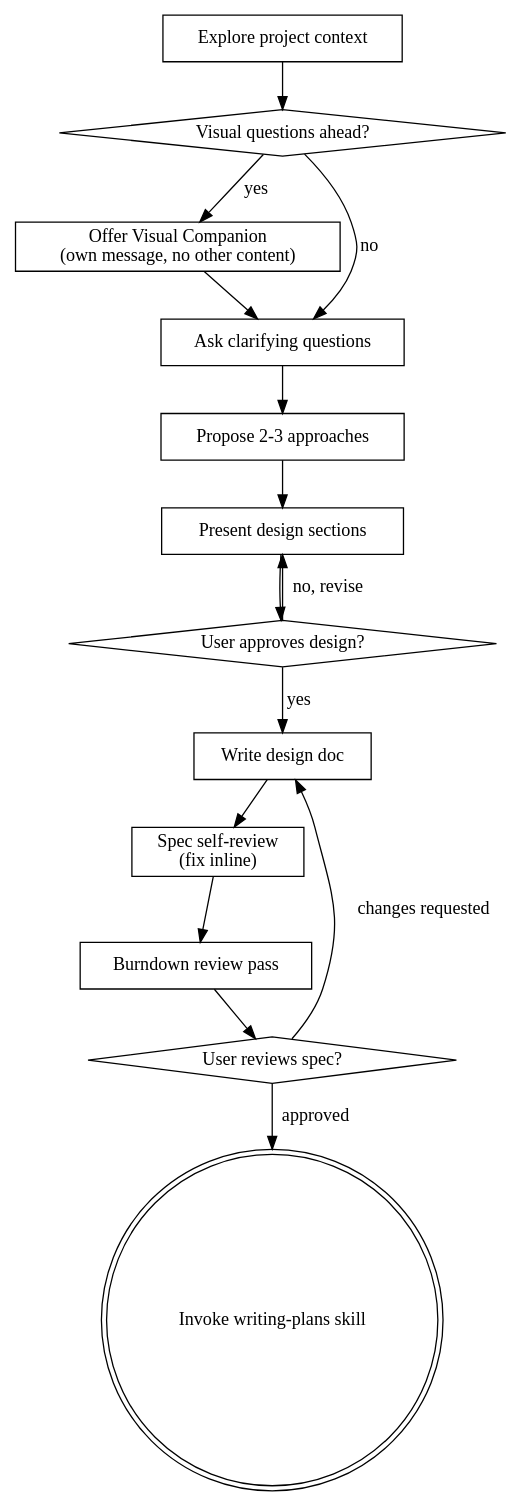
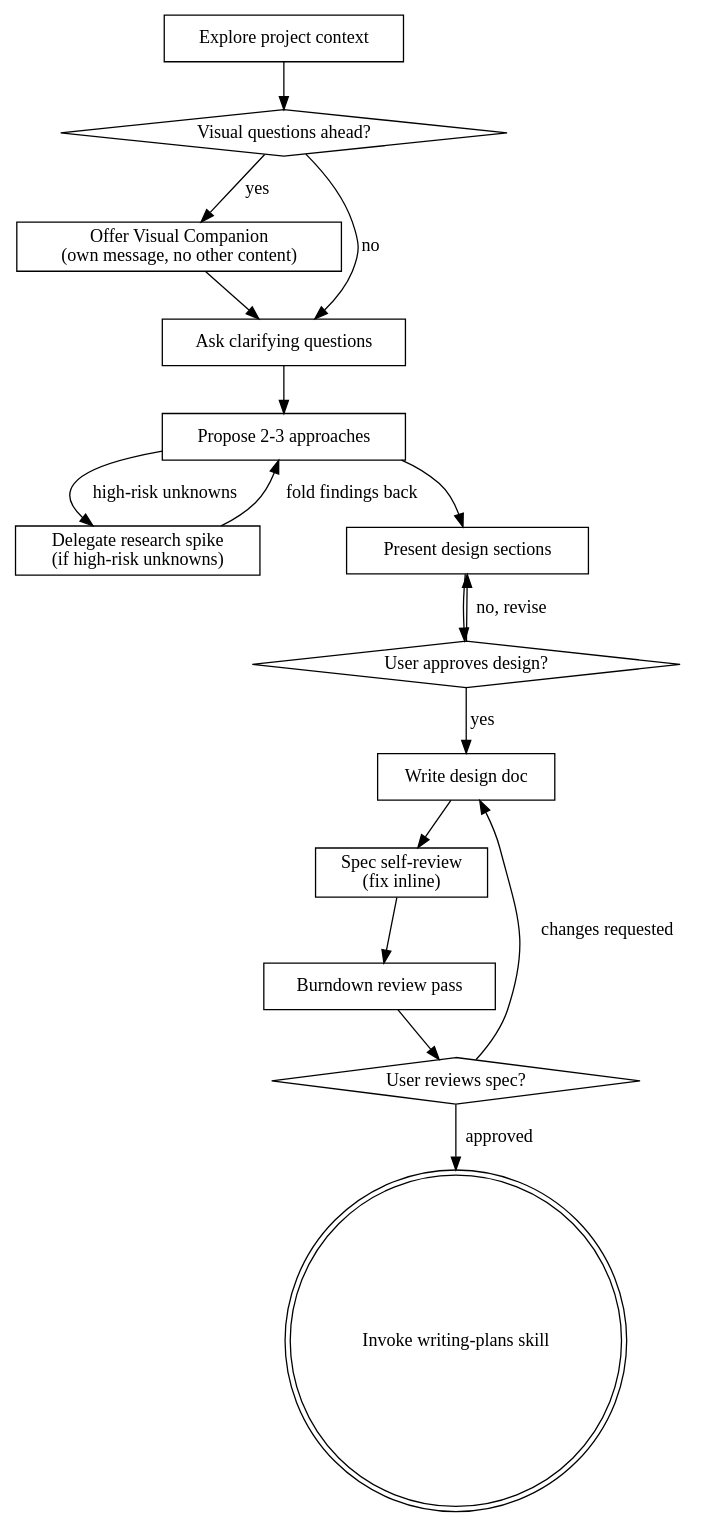
The diagram in skills/brainstorming/SKILL.md (btc/spandapowers), drawn with Graphviz before and after one commit. The commit also changed other lines of this file and 7 other files, not shown here.

First line of the commit message:
feat(delegating-research-spikes): new skill — delegate a rigorous research spike from brainstorming

````diff
--- a/skills/brainstorming/SKILL.md
+++ b/skills/brainstorming/SKILL.md
@@ -42,31 +51,34 @@
 ```dot
 digraph brainstorming {
     "Explore project context" [shape=box];
     "Visual questions ahead?" [shape=diamond];
     "Offer Visual Companion\n(own message, no other content)" [shape=box];
     "Ask clarifying questions" [shape=box];
     "Propose 2-3 approaches" [shape=box];
+    "Delegate research spike\n(if high-risk unknowns)" [shape=box];
     "Present design sections" [shape=box];
     "User approves design?" [shape=diamond];
     "Write design doc" [shape=box];
     "Spec self-review\n(fix inline)" [shape=box];
     "Burndown review pass" [shape=box];
     "User reviews spec?" [shape=diamond];
     "Invoke writing-plans skill" [shape=doublecircle];
 
     "Explore project context" -> "Visual questions ahead?";
     "Visual questions ahead?" -> "Offer Visual Companion\n(own message, no other content)" [label="yes"];
     "Visual questions ahead?" -> "Ask clarifying questions" [label="no"];
     "Offer Visual Companion\n(own message, no other content)" -> "Ask clarifying questions";
     "Ask clarifying questions" -> "Propose 2-3 approaches";
+    "Propose 2-3 approaches" -> "Delegate research spike\n(if high-risk unknowns)" [label="high-risk unknowns"];
+    "Delegate research spike\n(if high-risk unknowns)" -> "Propose 2-3 approaches" [label="fold findings back"];
     "Propose 2-3 approaches" -> "Present design sections";
     "Present design sections" -> "User approves design?";
     "User approves design?" -> "Present design sections" [label="no, revise"];
     "User approves design?" -> "Write design doc" [label="yes"];
     "Write design doc" -> "Spec self-review\n(fix inline)";
     "Spec self-review\n(fix inline)" -> "Burndown review pass";
     "Burndown review pass" -> "User reviews spec?";
     "User reviews spec?" -> "Write design doc" [label="changes requested"];
     "User reviews spec?" -> "Invoke writing-plans skill" [label="approved"];
 }
 ```
````
